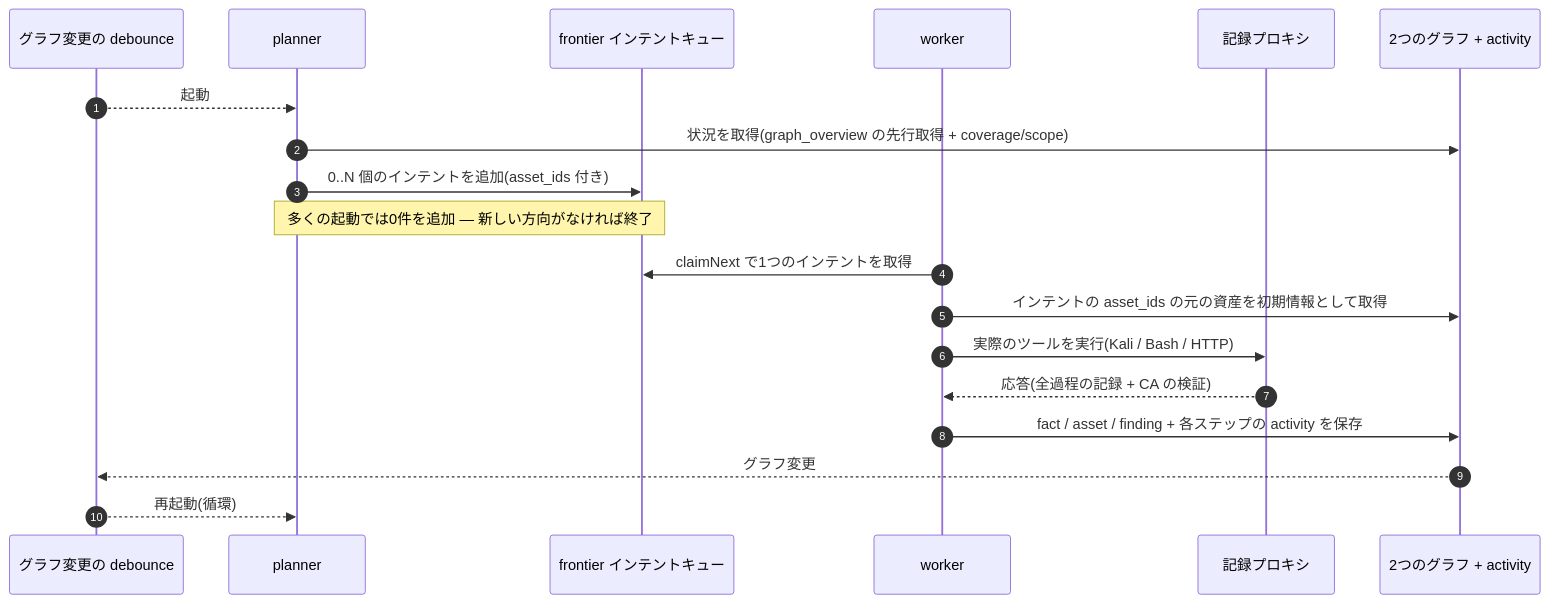
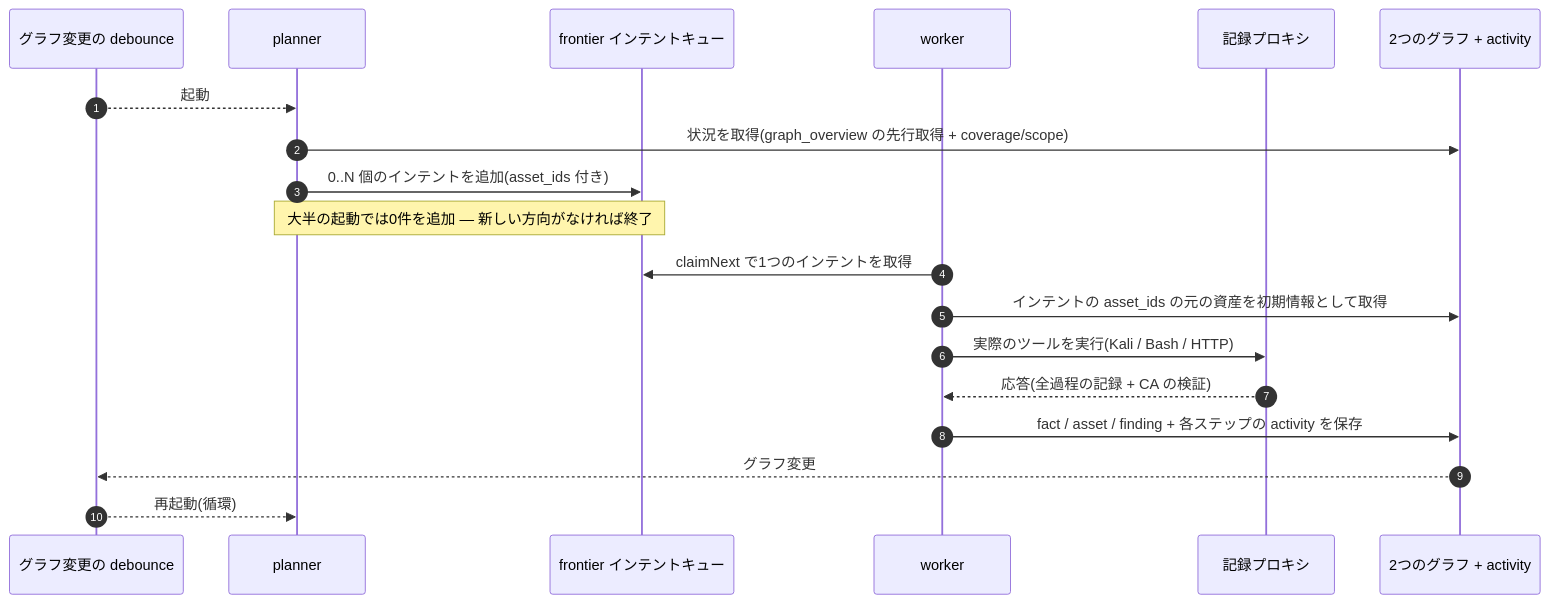
Before and after one commit to hara-kazu/ARTEX-Japanese: the third of 5 diagrams in README.md, drawn with Mermaid. The commit also changed other lines of this file and 18 other files, not shown here.

````diff
--- a/README.md
+++ b/README.md
@@ -400,22 +400,22 @@
 ```mermaid
 sequenceDiagram
   autonumber
   participant EV as グラフ変更の debounce
   participant P as planner
   participant FR as frontier インテントキュー
   participant W as worker
   participant PX as 記録プロキシ
   participant DB as 2つのグラフ + activity
 
   EV-->>P: 起動
   P->>DB: 状況を取得(graph_overview の先行取得 + coverage/scope)
   P->>FR: 0..N 個のインテントを追加(asset_ids 付き)
-  Note over P,FR: 多くの起動では0件を追加 — 新しい方向がなければ終了
+  Note over P,FR: 大半の起動では0件を追加 — 新しい方向がなければ終了
   W->>FR: claimNext で1つのインテントを取得
   W->>DB: インテントの asset_ids の元の資産を初期情報として取得
   W->>PX: 実際のツールを実行(Kali / Bash / HTTP)
   PX-->>W: 応答(全過程の記録 + CA の検証)
   W->>DB: fact / asset / finding + 各ステップの activity を保存
   DB-->>EV: グラフ変更
   EV-->>P: 再起動(循環)
 ```
````
